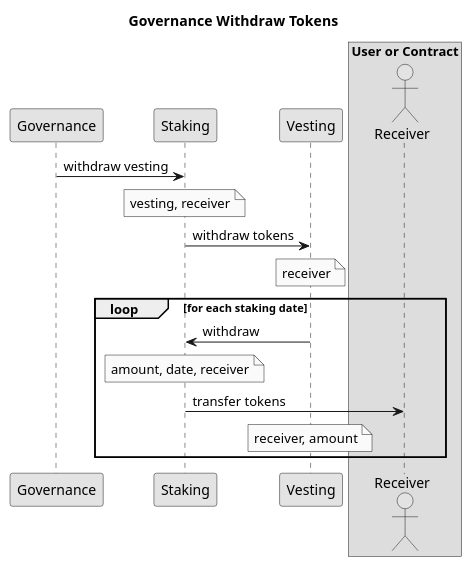
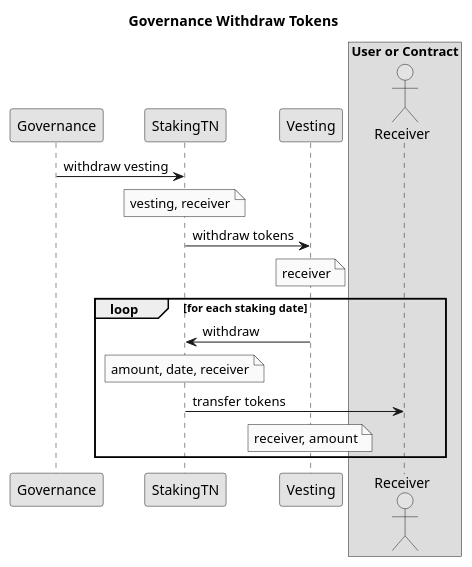
One commit to DistributedCollective/Sovryn-smart-contracts changed the diagram in diagrams/GovernanceWithdrawTokens.puml. Above: the diagram before and after it, drawn with PlantUML. The commit also changed 97 other files, not shown here.

```diff
--- a/diagrams/GovernanceWithdrawTokens.puml
+++ b/diagrams/GovernanceWithdrawTokens.puml
@@ -1,39 +1,39 @@
 @startuml
 title Governance Withdraw Tokens
 
 skinparam monochrome true
 
 ' Participants:
 
 participant "Governance" as G
 
-participant "Staking" as S
+participant "StakingTN" as S
 
 participant "Vesting" as V
 
 box "User or Contract"
 actor "Receiver" as U
 end box
 
 G->S: withdraw vesting
 note over S
     vesting, receiver
 end note
 
 S->V: withdraw tokens
 note over V
     receiver
 end note
 
 loop for each staking date
     V->S: withdraw
     note over S
         amount, date, receiver
     end note
     S->U: transfer tokens
     note over V
         receiver, amount
     end note
 end
 
 @enduml
```
